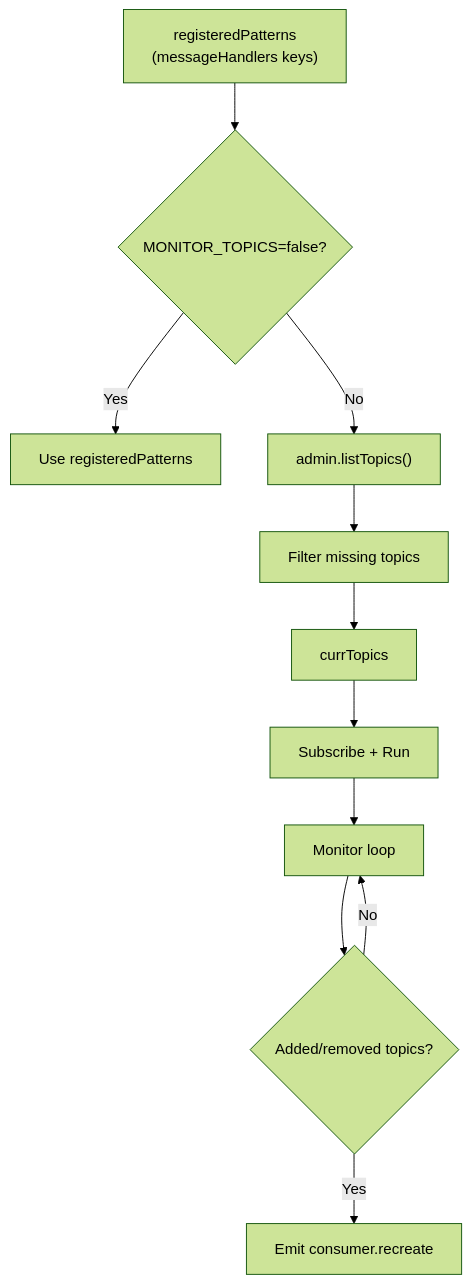
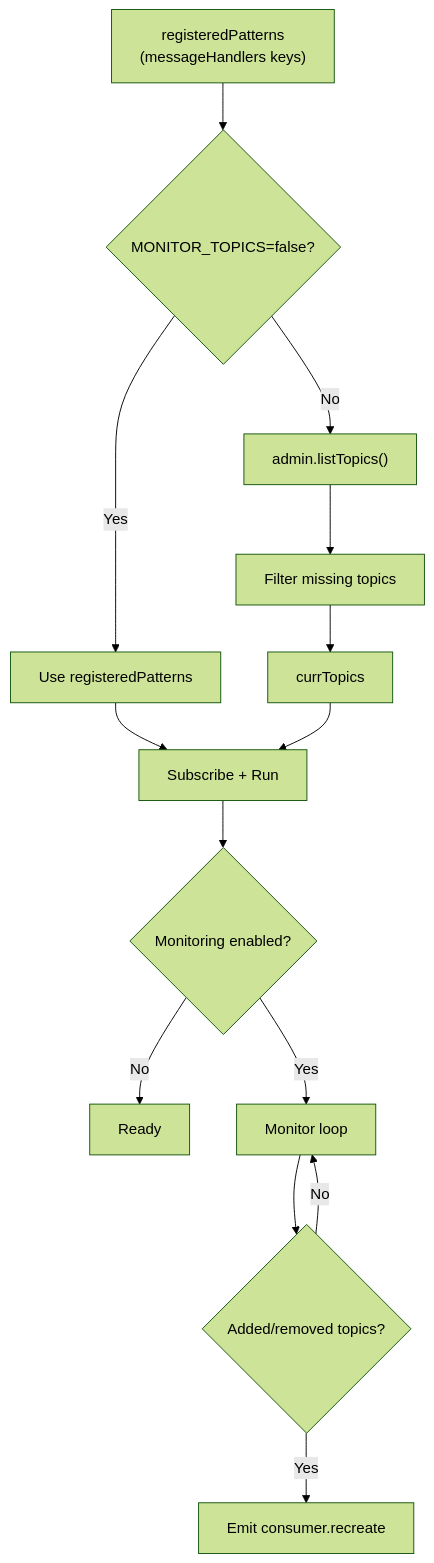
Before and after one commit to aretit2533/cronus-course-document: the diagram in eqxjs-custom-kafka-server/module-05-topic-monitoring.md, drawn with Mermaid. The commit also changed 1 other file, not shown here.

Commit message:
fix: improve mermaid diagram formatting for better readability in course documentation

````diff
--- a/eqxjs-custom-kafka-server/module-05-topic-monitoring.md
+++ b/eqxjs-custom-kafka-server/module-05-topic-monitoring.md
@@ -49,14 +49,17 @@
 ```mermaid
 %%{init: {'theme': 'forest'}}%%
 flowchart TD
-  A["registeredPatterns<br/>(messageHandlers keys)"] --> B{"MONITOR_TOPICS=false?"}
+  A["registeredPatterns<br>(messageHandlers keys)"] --> B{"MONITOR_TOPICS=false?"}
   B -->|Yes| C["Use registeredPatterns"]
   B -->|No| D["admin.listTopics()"]
   D --> E["Filter missing topics"]
   E --> F["currTopics"]
-  F --> G["Subscribe + Run"]
-  G --> H["Monitor loop"]
-  H --> I{"Added/removed topics?"}
-  I -->|Yes| J["Emit consumer.recreate"]
-  I -->|No| H
+  C --> G["Subscribe + Run"]
+  F --> G
+  G --> H{"Monitoring enabled?"}
+  H -->|No| End[Ready]
+  H -->|Yes| I["Monitor loop"]
+  I --> J{"Added/removed topics?"}
+  J -->|Yes| K["Emit consumer.recreate"]
+  J -->|No| I
 ```
````
